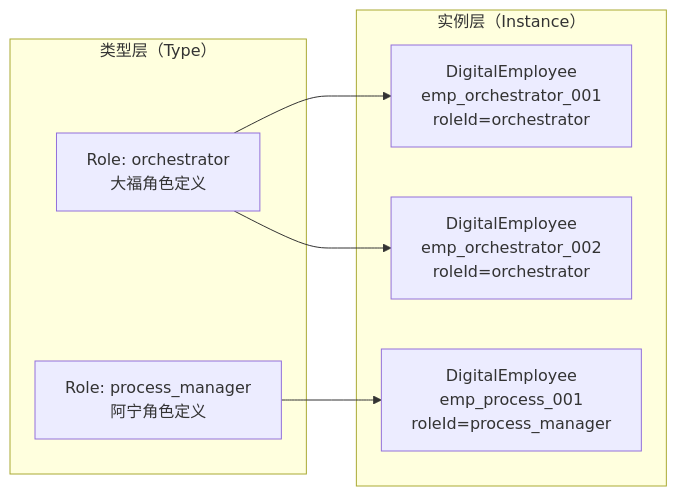
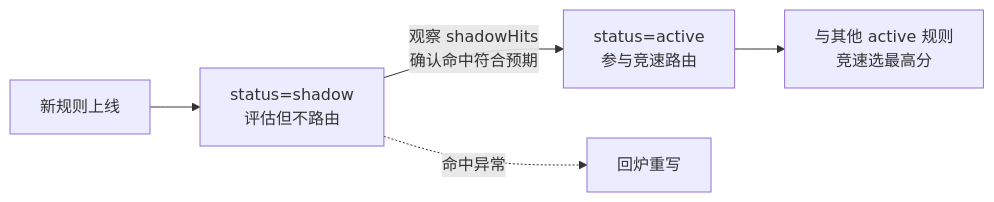
The third of 3 diagrams in src/part4-agent/ch09-digital-employee.md (GGwujun/deep-dive-winmatrix), drawn with Mermaid before and after one commit. The commit also changed other lines of this file and 35 other files, not shown here.

````diff
--- a/src/part4-agent/ch09-digital-employee.md
+++ b/src/part4-agent/ch09-digital-employee.md
@@ -352,17 +664,7 @@
 ```mermaid
 graph LR
-    subgraph "类型层（Type）"
-        R1["Role: orchestrator<br/>大福角色定义"]
-        R2["Role: process_manager<br/>阿宁角色定义"]
-    end
-
-    subgraph "实例层（Instance）"
-        E1["DigitalEmployee<br/>emp_orchestrator_001<br/>roleId=orchestrator"]
-        E2["DigitalEmployee<br/>emp_orchestrator_002<br/>roleId=orchestrator"]
-        E3["DigitalEmployee<br/>emp_process_001<br/>roleId=process_manager"]
-    end
-
-    R1 --> E1
-    R1 --> E2
-    R2 --> E3
+    NEW["新规则上线"] --> SHADOW["status=shadow<br/>评估但不路由"]
+    SHADOW -->|"观察 shadowHits<br/>确认命中符合预期"| ACTIVE["status=active<br/>参与竞速路由"]
+    SHADOW -.->|"命中异常"| REWORK["回炉重写"]
+    ACTIVE --> COMPETE["与其他 active 规则<br/>竞速选最高分"]
 ```
````
